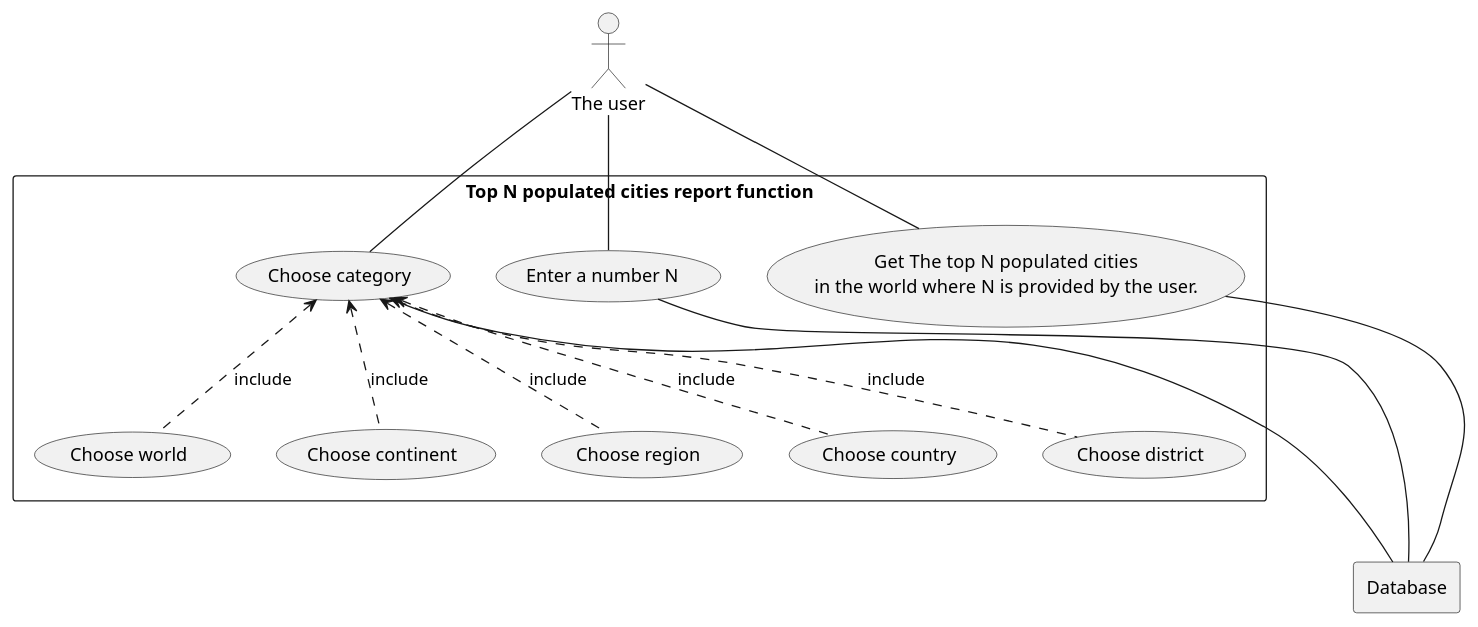
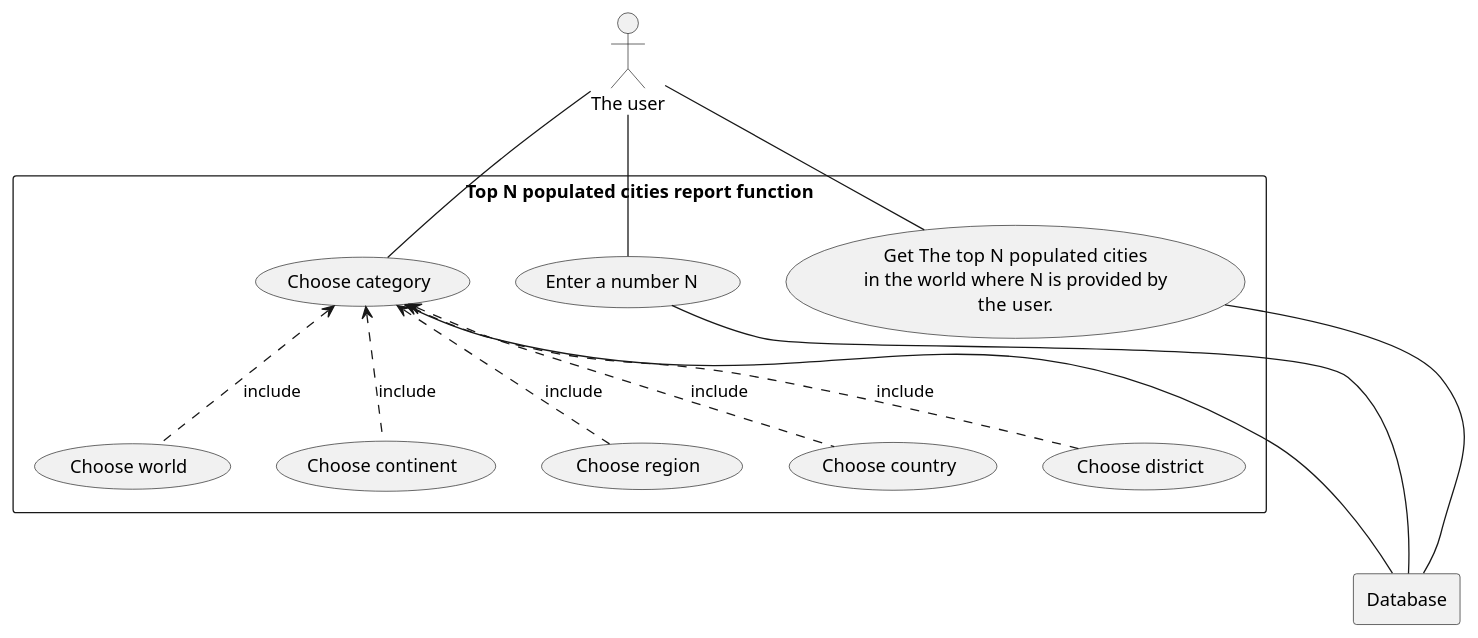
The diagram in use-cases/Search_city_report_use-case_diagram.puml (Team-3-DevOps/coursework), drawn with PlantUML before and after one commit. The commit also changed 8 other files, not shown here.

Commit message:
Update Use Cases with diagrams

```diff
--- a/use-cases/Search_city_report_use-case_diagram.puml
+++ b/use-cases/Search_city_report_use-case_diagram.puml
@@ -1,36 +1,37 @@
 @startuml
 
 actor user as "The user"
 
 rectangle Database
 
 rectangle "Top N populated cities report function" {
 
 
     usecase world as "Choose world"
     usecase continent as "Choose continent"
     usecase region as "Choose region"
     usecase country as "Choose country"
     usecase district as "Choose district"
     usecase cc as "Choose category"
     usecase N as "Enter a number N "
     usecase UC as "Get The top N populated  cities
-    in the world where N is provided by the user."
+    in the world where N is provided by
+     the user."
 
     user -- UC
     user -- cc
     user -- N
     cc <.. world : include
     cc <.. continent : include
     cc <.. region : include
     cc <.. country : include
     cc <.. district : include
 
     UC --- Database
     cc -- Database
     N -- Database
 
 
 }
 
 @enduml
```
